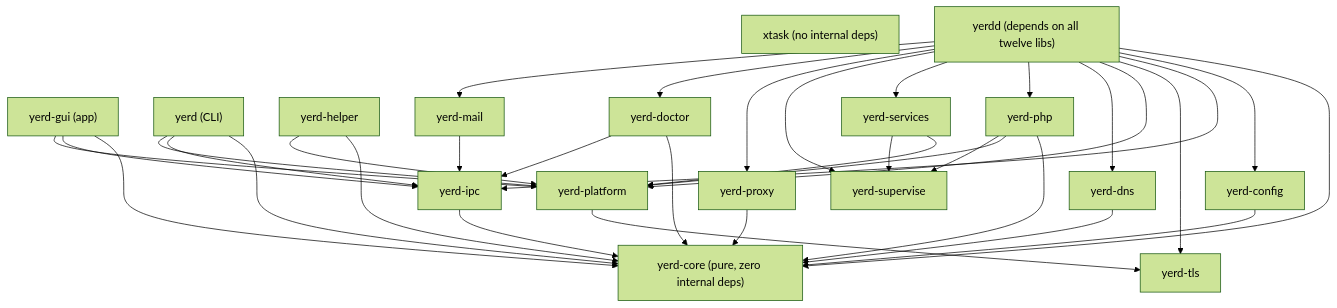
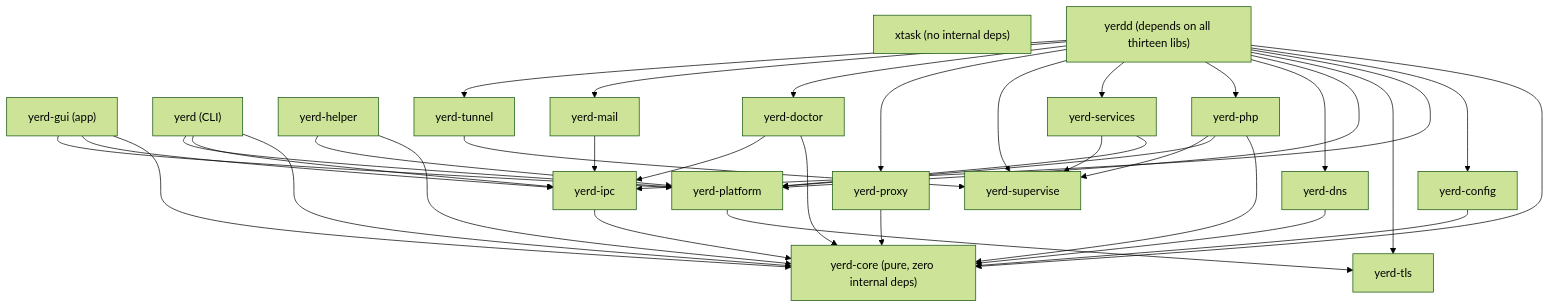
The diagram in docs/developer/crates.md (forjedio/yerd), drawn with Mermaid (forest theme) before and after one commit. The commit also changed other lines of this file and 63 other files, not shown here.

````diff
--- a/docs/developer/crates.md
+++ b/docs/developer/crates.md
@@ -71,59 +72,62 @@
 ```mermaid
 flowchart TD
     gui["yerd-gui (app)"]
     xtask["xtask (no internal deps)"]
     yerd["yerd (CLI)"]
-    yerdd["yerdd (depends on all twelve libs)"]
+    yerdd["yerdd (depends on all thirteen libs)"]
     helper["yerd-helper"]
 
     ipc["yerd-ipc"]
     config["yerd-config"]
     dns["yerd-dns"]
     proxy["yerd-proxy"]
     php["yerd-php"]
     services["yerd-services"]
     supervise["yerd-supervise"]
     doctor["yerd-doctor"]
     tls["yerd-tls"]
     platform["yerd-platform"]
     mail["yerd-mail"]
+    tunnel["yerd-tunnel"]
     core["yerd-core (pure, zero internal deps)"]
 
     gui --> core
     gui --> ipc
     gui --> platform
 
     yerd --> core
     yerd --> ipc
     yerd --> platform
 
     helper --> core
     helper --> platform
 
     yerdd --> core
     yerdd --> config
     yerdd --> ipc
     yerdd --> tls
     yerdd --> platform
     yerdd --> dns
     yerdd --> php
     yerdd --> services
     yerdd --> supervise
     yerdd --> proxy
     yerdd --> doctor
     yerdd --> mail
+    yerdd --> tunnel
 
     ipc --> core
     config --> core
     dns --> core
     proxy --> core
     doctor --> core
     doctor --> ipc
     mail --> ipc
     php --> core
     php --> platform
     php --> supervise
     services --> platform
     services --> supervise
+    tunnel --> supervise
     platform --> tls
 ```
````
